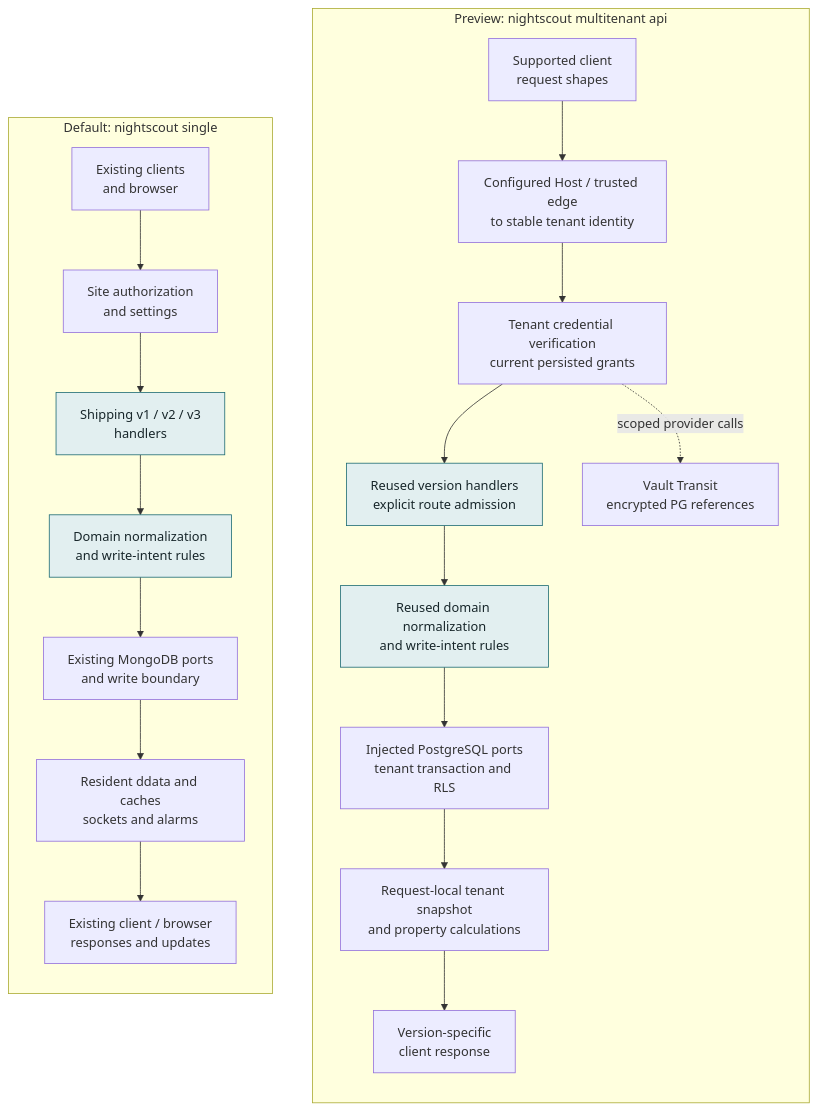
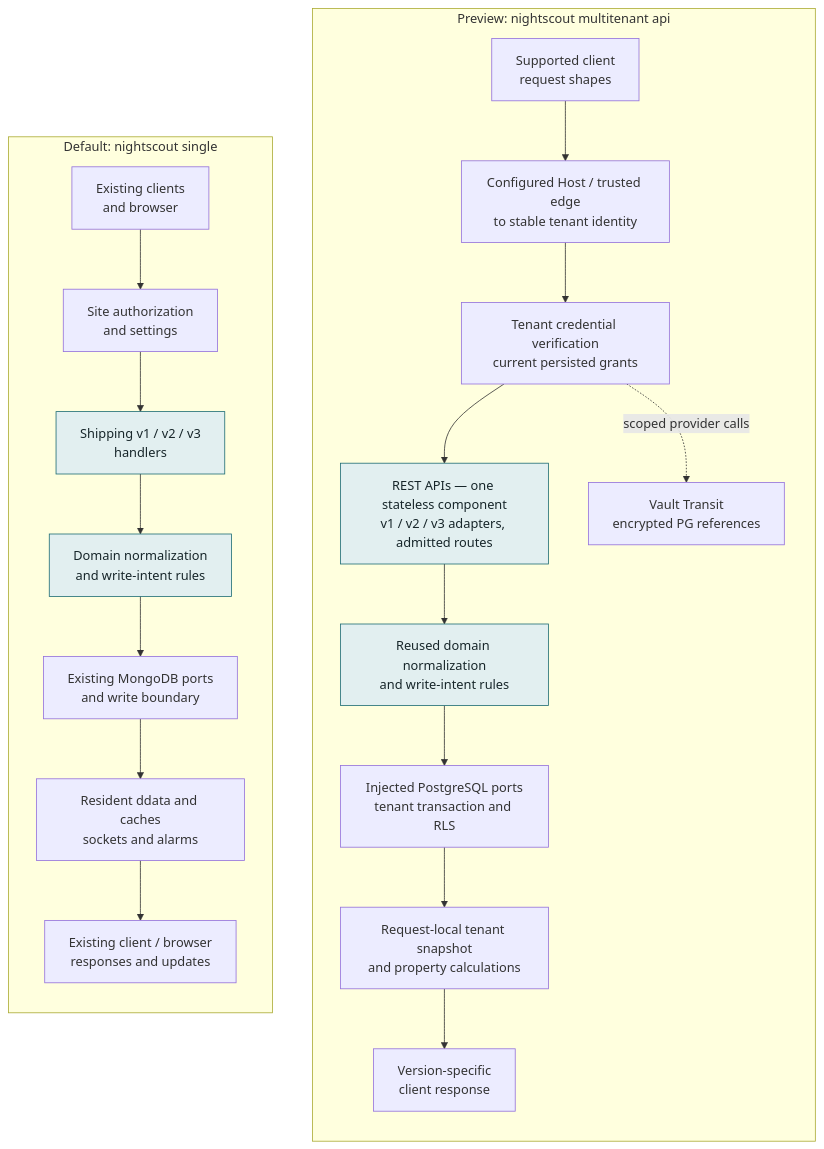
One commit to bewest/rag-nightscout-ecosystem-alignment changed the second of 4 diagrams in docs/30-design/tenancy/single-and-multitenant-architecture.md. Above: the diagram before and after it, drawn with Mermaid. The commit also changed other lines of this file and 16 other files, not shown here.

Commit message:
Show versioned REST APIs as one stateless component

````diff
--- a/docs/30-design/tenancy/single-and-multitenant-architecture.md
+++ b/docs/30-design/tenancy/single-and-multitenant-architecture.md
@@ -138,27 +138,27 @@
 ```mermaid
 flowchart LR
   subgraph Single["Default: nightscout single"]
     direction TB
     SClient["Existing clients<br/>and browser"] --> SAuth["Site authorization<br/>and settings"]
     SAuth --> SAPI["Shipping v1 / v2 / v3<br/>handlers"]
     SAPI --> SRules["Domain normalization<br/>and write-intent rules"]
     SRules --> SMongo["Existing MongoDB ports<br/>and write boundary"]
     SMongo --> SRuntime["Resident ddata and caches<br/>sockets and alarms"]
     SRuntime --> SReply["Existing client / browser<br/>responses and updates"]
   end
   subgraph Multi["Preview: nightscout multitenant api"]
     direction TB
     MClient["Supported client<br/>request shapes"] --> Resolve["Configured Host / trusted edge<br/>to stable tenant identity"]
     Resolve --> MAuth["Tenant credential verification<br/>current persisted grants"]
-    MAuth --> MAPI["Reused version handlers<br/>explicit route admission"]
+    MAuth --> MAPI["REST APIs — one stateless component<br/>v1 / v2 / v3 adapters, admitted routes"]
     MAPI --> MRules["Reused domain normalization<br/>and write-intent rules"]
     MRules --> MPG["Injected PostgreSQL ports<br/>tenant transaction and RLS"]
     MPG --> Frame["Request-local tenant snapshot<br/>and property calculations"]
     Frame --> MReply["Version-specific<br/>client response"]
     MAuth -. "scoped provider calls" .-> Vault["Vault Transit<br/>encrypted PG references"]
   end
   %% Layout-only link between panels, not a data-flow edge
   Single ~~~ Multi
   classDef shared fill:#e2eff0,stroke:#1d6b73,color:#17262a
   class SAPI,SRules,MAPI,MRules shared
 ```
````
